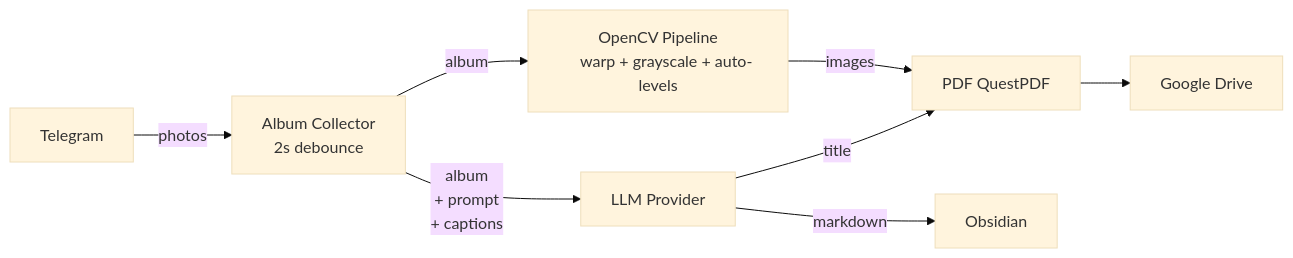
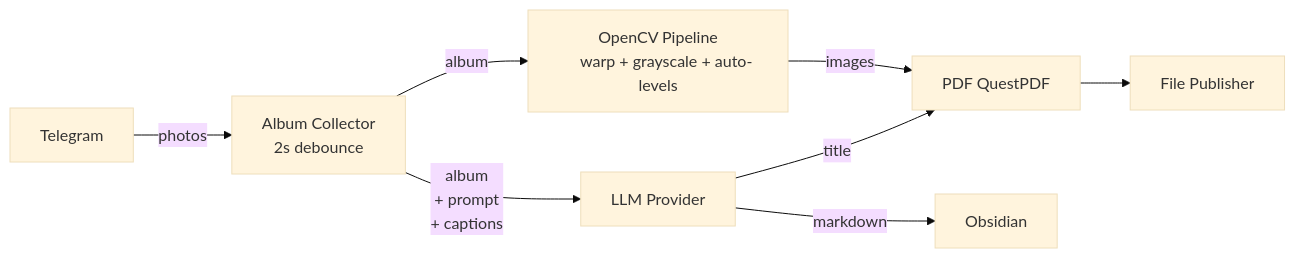
The diagram in README.md (detachmode/Paperoni), drawn with Mermaid (base theme) before and after one commit. The commit also changed other lines of this file and 21 other files, not shown here.

First line of the commit message:
Replace Google Drive and Obsidian publishers with a single generic FilePublisher

````diff
--- a/README.md
+++ b/README.md
@@ -7,19 +7,19 @@
 ```mermaid
 flowchart LR
     Telegram -->|photos| AlbumCollector["Album Collector
     2s debounce"]
 
     AlbumCollector --> |album 
     + prompt
     + captions| AI["LLM Provider"]
 
     AlbumCollector --> |album| OpenCV["OpenCV Pipeline
     warp + grayscale + auto-levels"]
 
 
     OpenCV --> |images|PDF["PDF QuestPDF"]
     AI --> |title| PDF["PDF QuestPDF"]
 
-    PDF --> GoogleDrive["Google Drive"]
+    PDF --> FilePublisher["File Publisher"]
     AI --> |markdown| Obsidian["Obsidian"]
 ```
````
